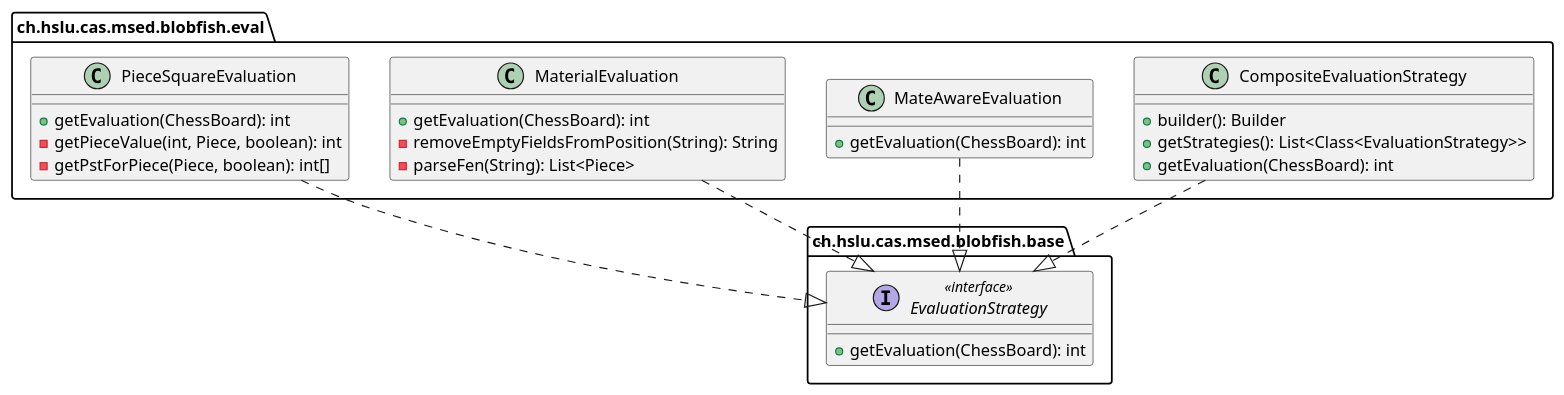
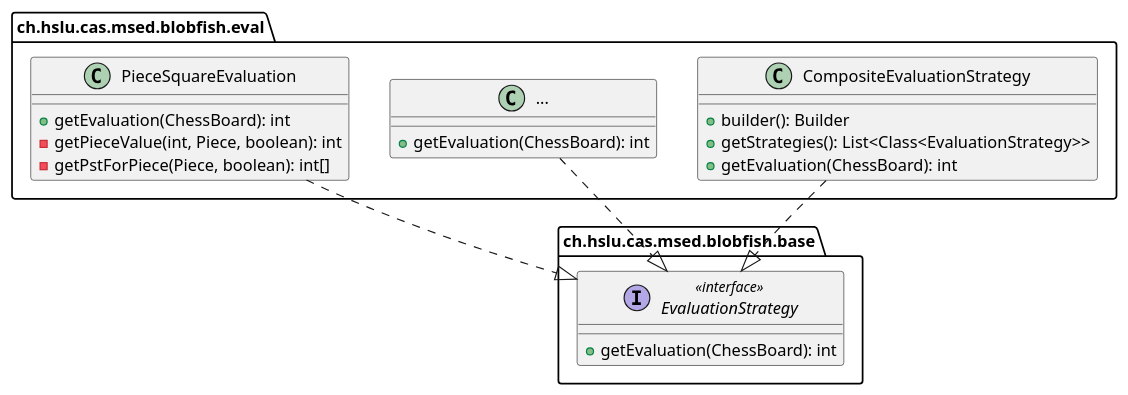
Before and after one commit to l2c0r3/blobfish: the diagram in docs/plantuml/softwarearchitektur/eval-code.puml, drawn with PlantUML.

```diff
--- a/docs/plantuml/softwarearchitektur/eval-code.puml
+++ b/docs/plantuml/softwarearchitektur/eval-code.puml
@@ -1,41 +1,35 @@
 @startuml
 
 top to bottom direction
 
 set namespaceSeparator none
 
 package "ch.hslu.cas.msed.blobfish.base" {
     interface EvaluationStrategy << interface >> {
       + getEvaluation(ChessBoard): int
     }
 }
 
 package "ch.hslu.cas.msed.blobfish.eval" {
     class CompositeEvaluationStrategy {
       + builder(): Builder
       + getStrategies(): List<Class<EvaluationStrategy>>
       + getEvaluation(ChessBoard): int
     }
-    class MateAwareEvaluation {
+    class "..." as someClass {
       + getEvaluation(ChessBoard): int
-    }
-    class MaterialEvaluation {
-      + getEvaluation(ChessBoard): int
-      - removeEmptyFieldsFromPosition(String): String
-      - parseFen(String): List<Piece>
     }
     class PieceSquareEvaluation {
       + getEvaluation(ChessBoard): int
       - getPieceValue(int, Piece, boolean): int
       - getPstForPiece(Piece, boolean): int[]
     }
 }
 
 EvaluationStrategy -[hidden]down- CompositeEvaluationStrategy
 
 CompositeEvaluationStrategy  -[dashed]-^  EvaluationStrategy
-MateAwareEvaluation          -[dashed]-^  EvaluationStrategy
-MaterialEvaluation           -[dashed]-^  EvaluationStrategy
+someClass           -[dashed]-^  EvaluationStrategy
 PieceSquareEvaluation        -[dashed]-^  EvaluationStrategy
 
 @enduml
```
